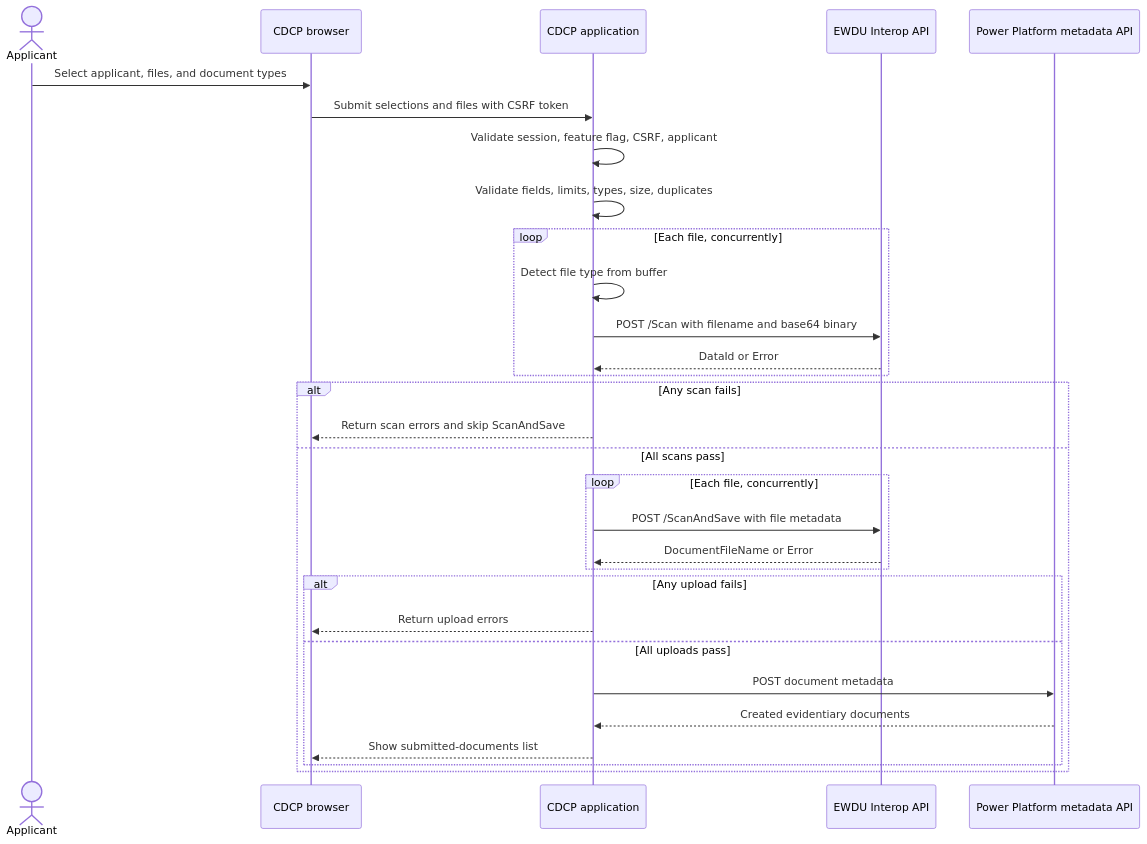
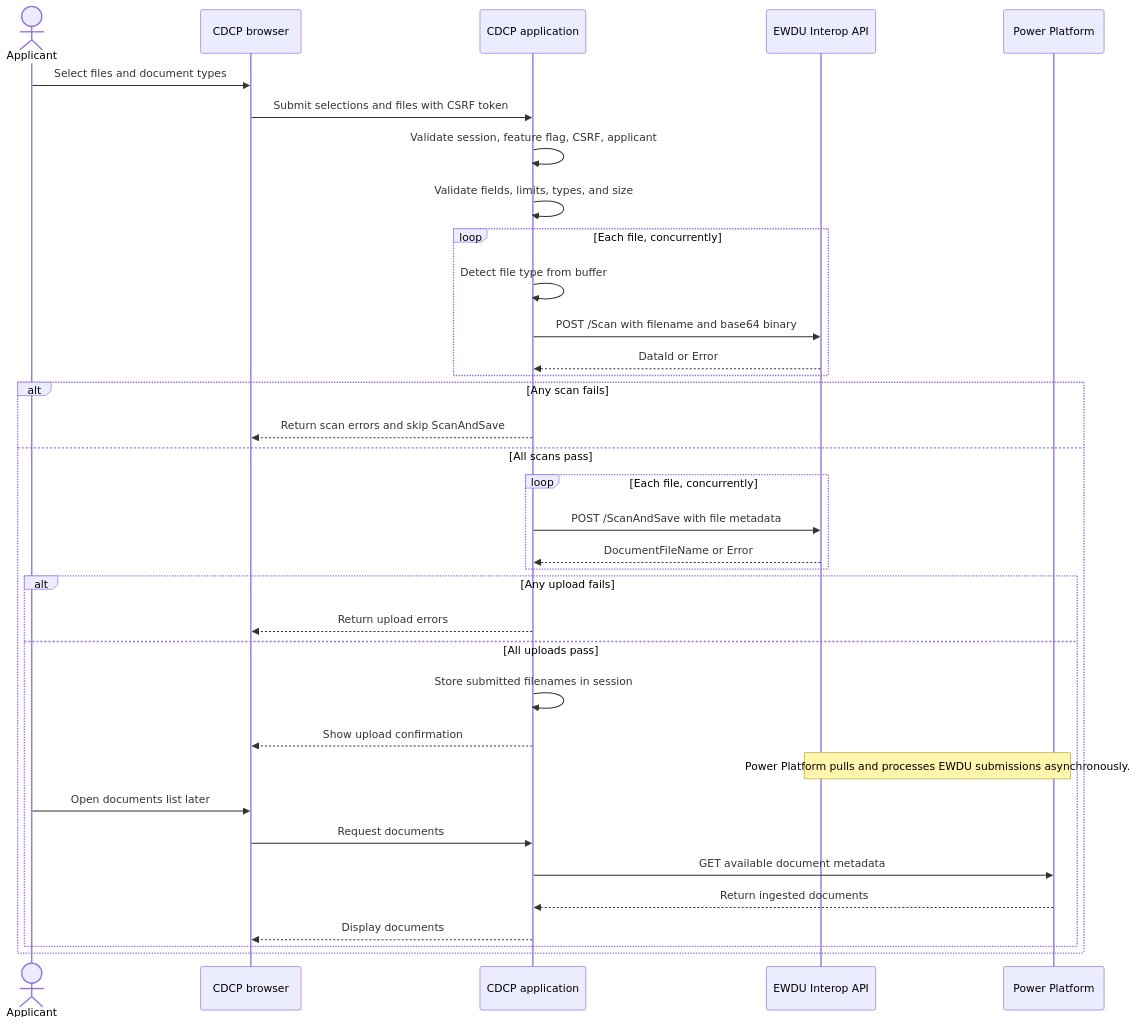
Before and after one commit to STN-DTS/canadian-dental-care-plan: the diagram in frontend/other/docs/document-upload-feature.md, drawn with Mermaid. The commit also changed other lines of this file, not shown here.

First line of the commit message:
docs(frontend): document upload flow

````diff
--- a/frontend/other/docs/document-upload-feature.md
+++ b/frontend/other/docs/document-upload-feature.md
@@ -69,33 +70,38 @@
 ```mermaid
 sequenceDiagram
     actor Applicant
     participant Browser as CDCP browser
     participant App as CDCP application
     participant EWDU as EWDU Interop API
-    participant PP as Power Platform metadata API
+    participant PP as Power Platform
 
-    Applicant->>Browser: Select applicant, files, and document types
+    Applicant->>Browser: Select files and document types
     Browser->>App: Submit selections and files with CSRF token
     App->>App: Validate session, feature flag, CSRF, applicant
-    App->>App: Validate fields, limits, types, size, duplicates
+    App->>App: Validate fields, limits, types, and size
     loop Each file, concurrently
       App->>App: Detect file type from buffer
       App->>EWDU: POST /Scan with filename and base64 binary
       EWDU-->>App: DataId or Error
     end
     alt Any scan fails
       App-->>Browser: Return scan errors and skip ScanAndSave
     else All scans pass
       loop Each file, concurrently
         App->>EWDU: POST /ScanAndSave with file metadata
         EWDU-->>App: DocumentFileName or Error
       end
       alt Any upload fails
         App-->>Browser: Return upload errors
       else All uploads pass
-        App->>PP: POST document metadata
-        PP-->>App: Created evidentiary documents
-        App-->>Browser: Show submitted-documents list
+        App->>App: Store submitted filenames in session
+        App-->>Browser: Show upload confirmation
+        Note over EWDU,PP: Power Platform pulls and processes EWDU submissions asynchronously.
+        Applicant->>Browser: Open documents list later
+        Browser->>App: Request documents
+        App->>PP: GET available document metadata
+        PP-->>App: Return ingested documents
+        App-->>Browser: Display documents
       end
     end
 ```
````
